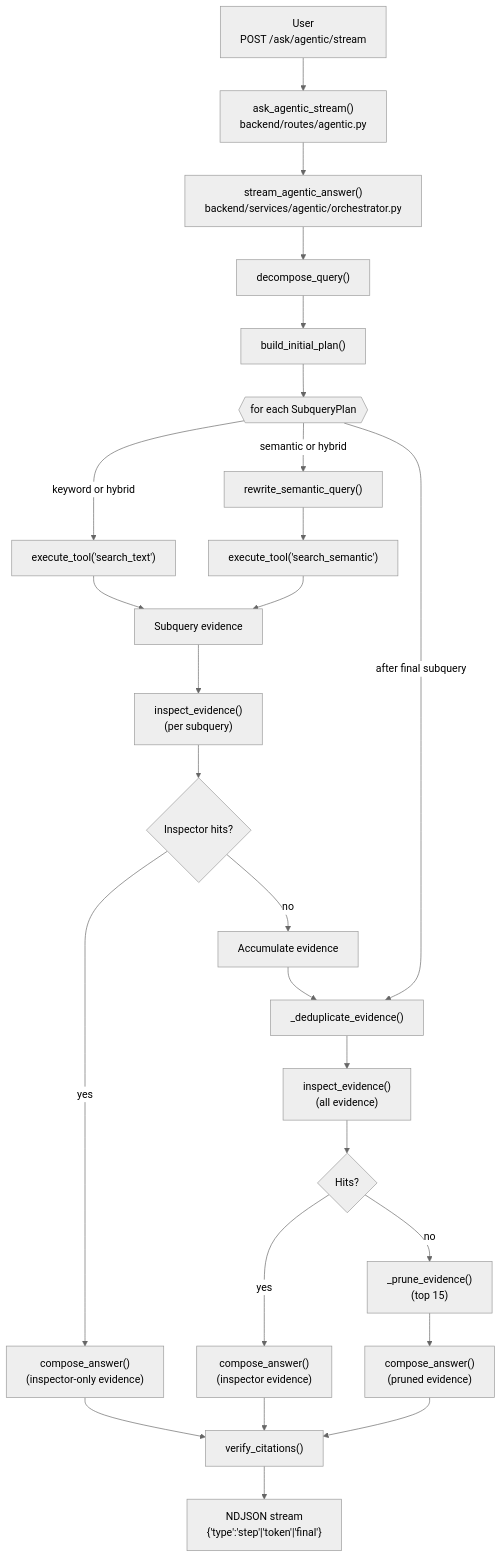
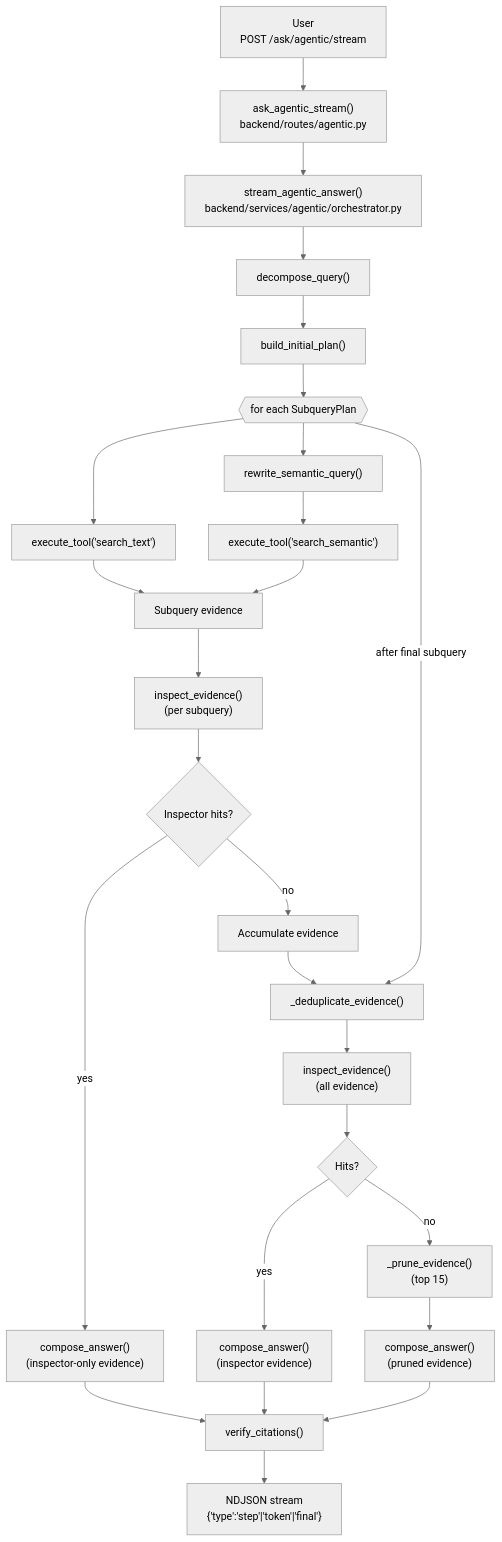
Before and after one commit to nobody-qwert/doc-chat: the diagram in docs/agentic_flow.md, drawn with Mermaid (neutral theme). The commit also changed other lines of this file, not shown here.

````diff
--- a/docs/agentic_flow.md
+++ b/docs/agentic_flow.md
@@ -7,32 +7,32 @@
 ```mermaid
 flowchart TD
     U["User\nPOST /ask/agentic/stream"] --> RT["ask_agentic_stream()\nbackend/routes/agentic.py"]
     RT --> OR["stream_agentic_answer()\nbackend/services/agentic/orchestrator.py"]
     OR --> DQ["decompose_query()"]
     DQ --> BP["build_initial_plan()"]
     BP --> LOOP{{"for each SubqueryPlan"}}
 
-    LOOP -->|keyword or hybrid| ST["execute_tool('search_text')"]
-    LOOP -->|semantic or hybrid| RW["rewrite_semantic_query()"]
+    LOOP --> ST["execute_tool('search_text')"]
+    LOOP --> RW["rewrite_semantic_query()"]
     RW --> SS["execute_tool('search_semantic')"]
     
     ST --> SUBE["Subquery evidence"]
     SS --> SUBE
     SUBE --> IS1["inspect_evidence()\n(per subquery)"]
     IS1 --> HIT{Inspector hits?}
     HIT -->|yes| EARLY["compose_answer()\n(inspector-only evidence)"]
     HIT -->|no| GLOBAL["Accumulate evidence"]
     
     GLOBAL --> DEDUP["_deduplicate_evidence()"]
     LOOP -->|after final subquery| DEDUP
     DEDUP --> IS2["inspect_evidence()\n(all evidence)"]
     IS2 --> HIT2{Hits?}
     HIT2 -->|yes| INSANS["compose_answer()\n(inspector evidence)"]
     HIT2 -->|no| PR["_prune_evidence()\n(top 15)"]
     PR --> CA["compose_answer()\n(pruned evidence)"]
     
     EARLY --> VC["verify_citations()"]
     INSANS --> VC
     CA --> VC
     VC --> RESP["NDJSON stream\n{'type':'step'|'token'|'final'}"]
 ```
````
